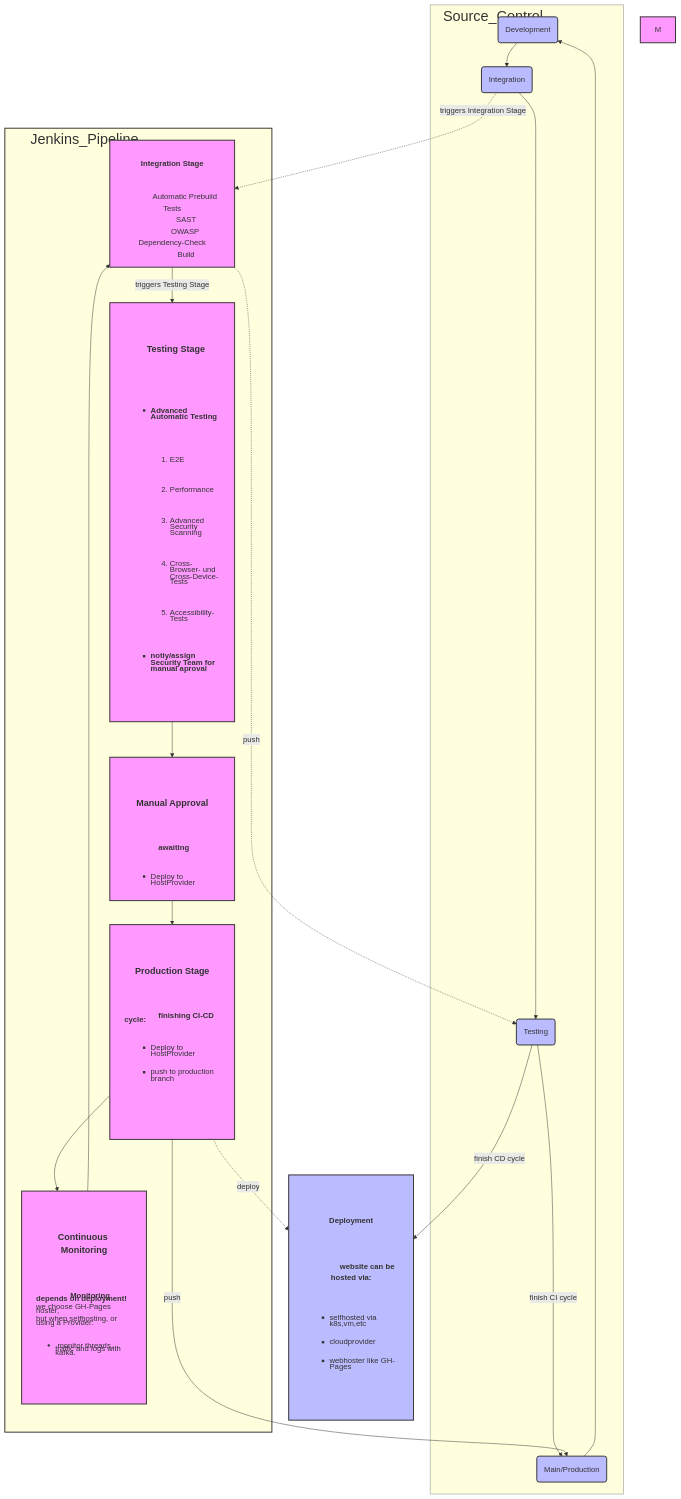
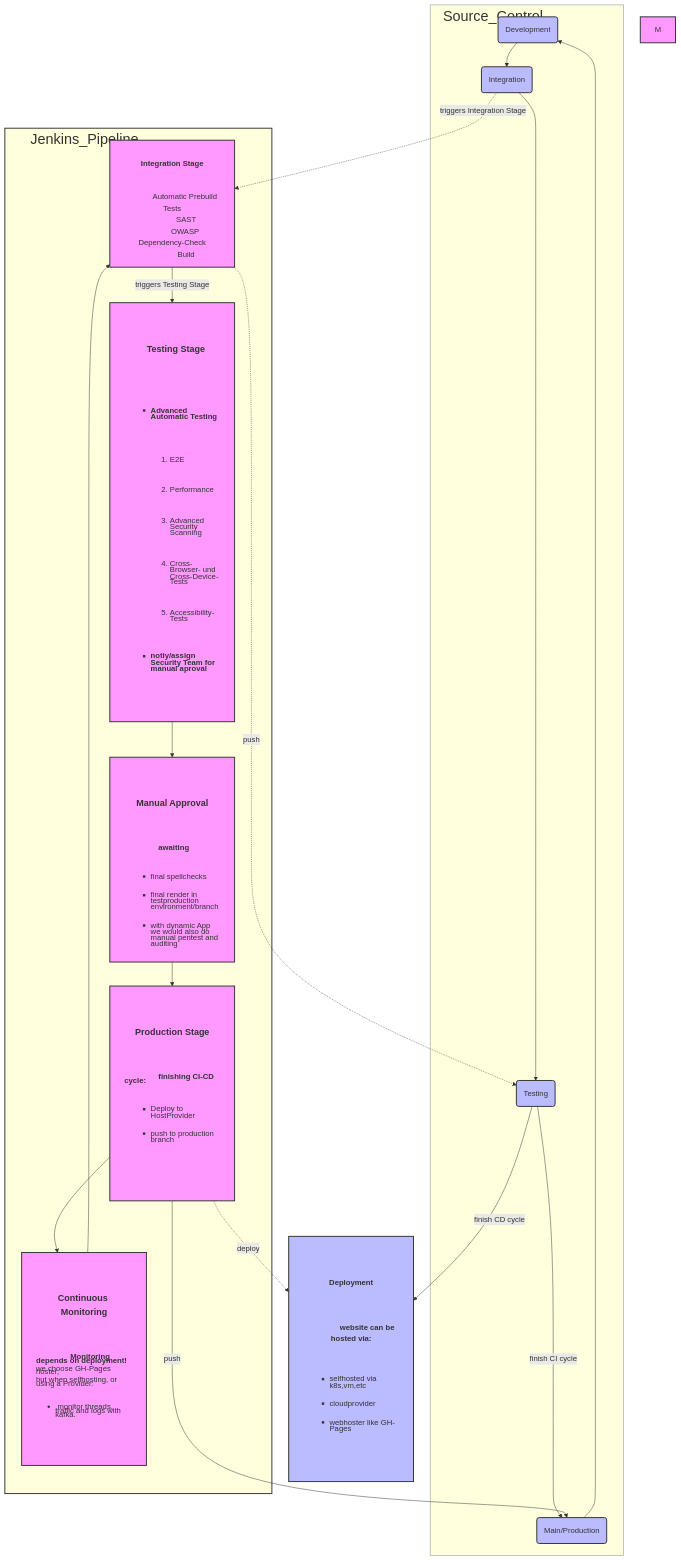
One commit to ji-podhead/ji-podhead-blog changed the diagram in README.md. Above: the diagram before and after it, drawn with Mermaid.

```diff
--- a/README.md
+++ b/README.md
@@ -46,8 +46,11 @@
 		<div style="text-align:left; line-height: 0.5;">
 		<b>awaiting </b>
 		<ul style="text-align: left;list-style: square; margin-left: 15px; line-height: 0.8;">	
-		<li>Deploy to HostProvider</li>
-		] 
+		<li>final spellchecks</li>
+		<li>final render in testproduction environment/branch</li>
+		<li>with dynamic App we would also do manual pentest and auditing</li>
+			
+] 
         Production[
 		<div style="text-align: center; ">
 		<h3>Production Stage</h3>
```
